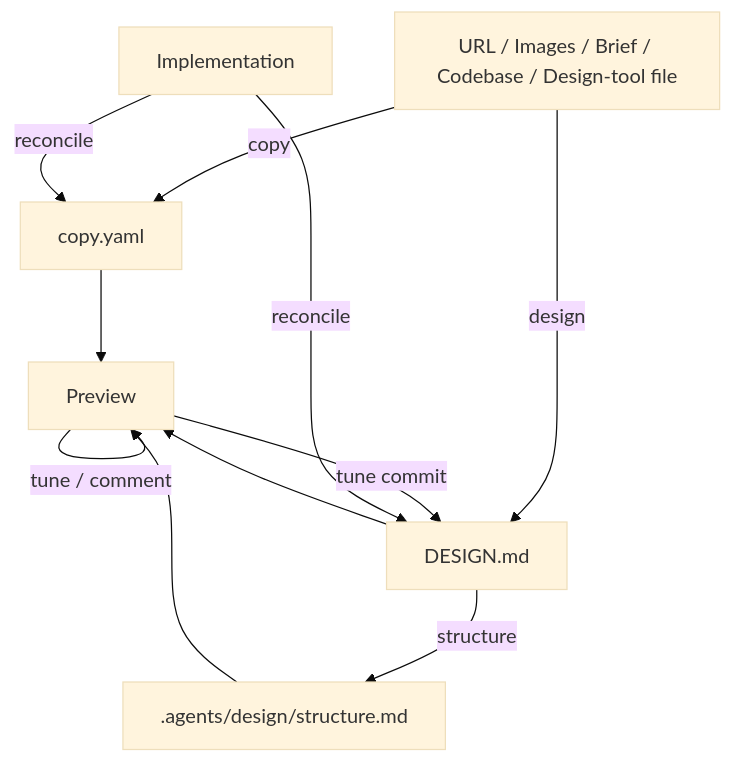
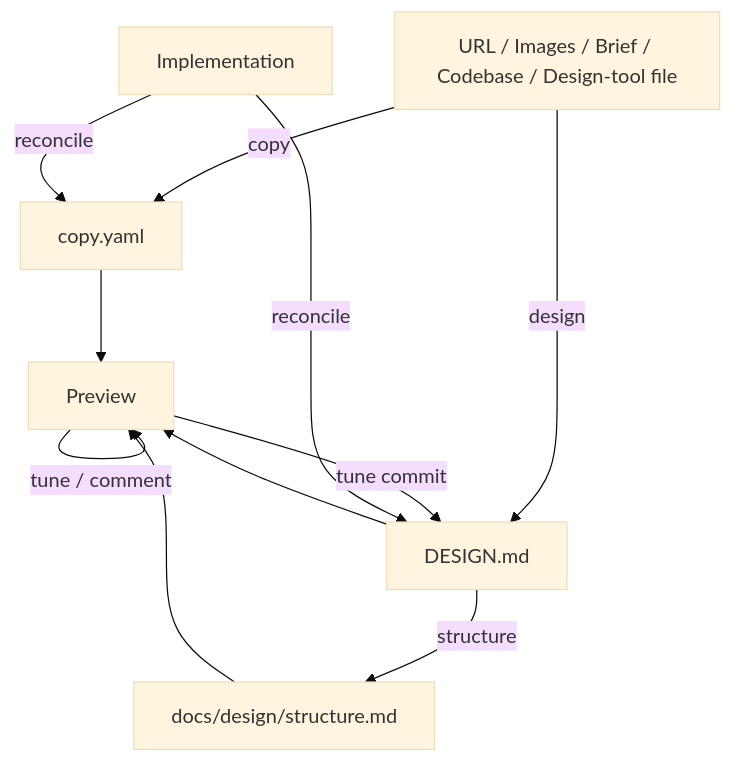
One commit to adeonir/agent-skills changed the diagram in skills/product/design-builder/README.md. Above: the diagram before and after it, drawn with Mermaid (base theme). The commit also changed other lines of this file and 11 other files, not shown here.

````diff
--- a/skills/product/design-builder/README.md
+++ b/skills/product/design-builder/README.md
@@ -7,13 +7,13 @@
 ```mermaid
 flowchart TD
     A[URL / Images / Brief / Codebase / Design-tool file] -->|copy| B1[copy.yaml]
     A -->|design| B2[DESIGN.md]
-    B2 -->|structure| C[.agents/design/structure.md]
+    B2 -->|structure| C[docs/design/structure.md]
     B1 --> D[Preview]
     B2 --> D
     C --> D
     D -->|tune / comment| D
     D -->|tune commit| B2
     Impl[Implementation] -->|reconcile| B2
     Impl -->|reconcile| B1
 ```
````
